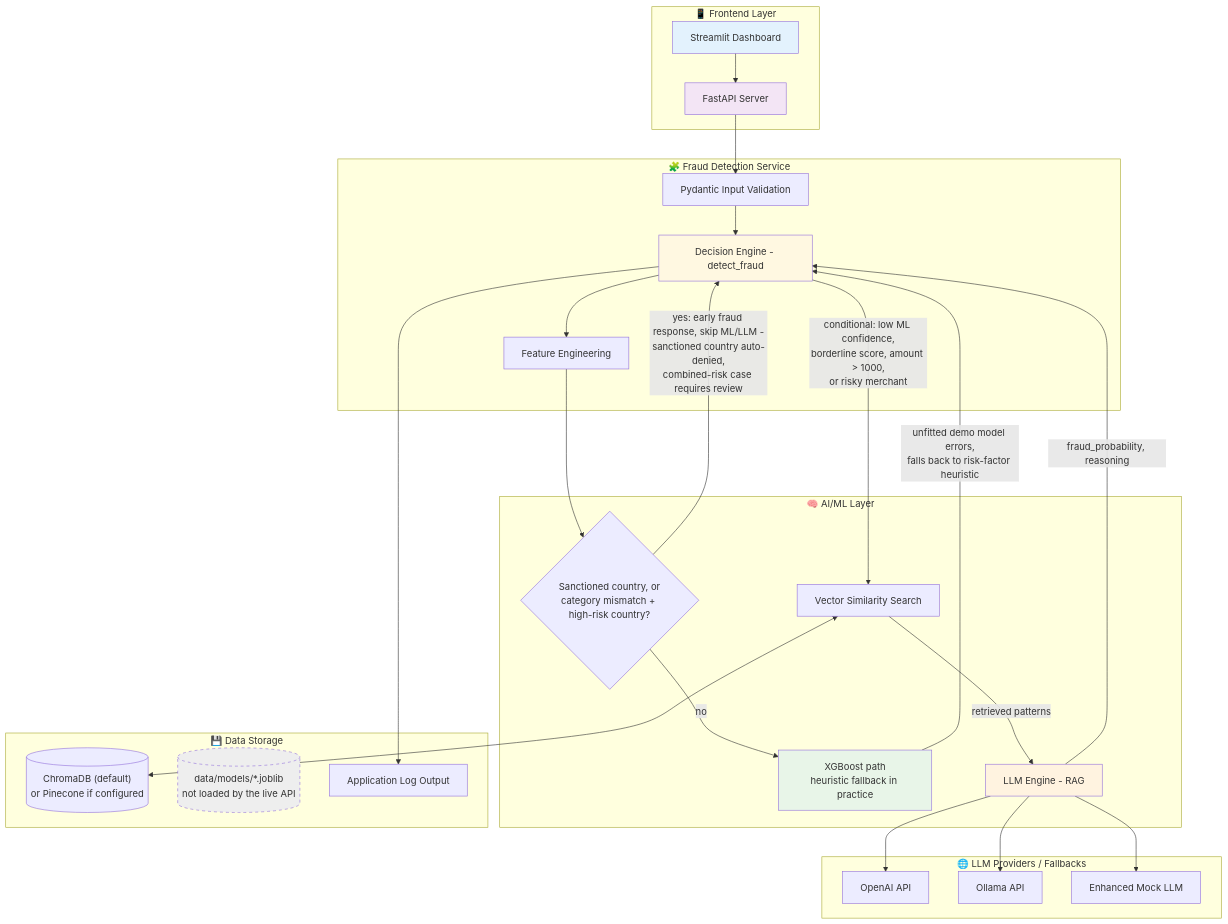
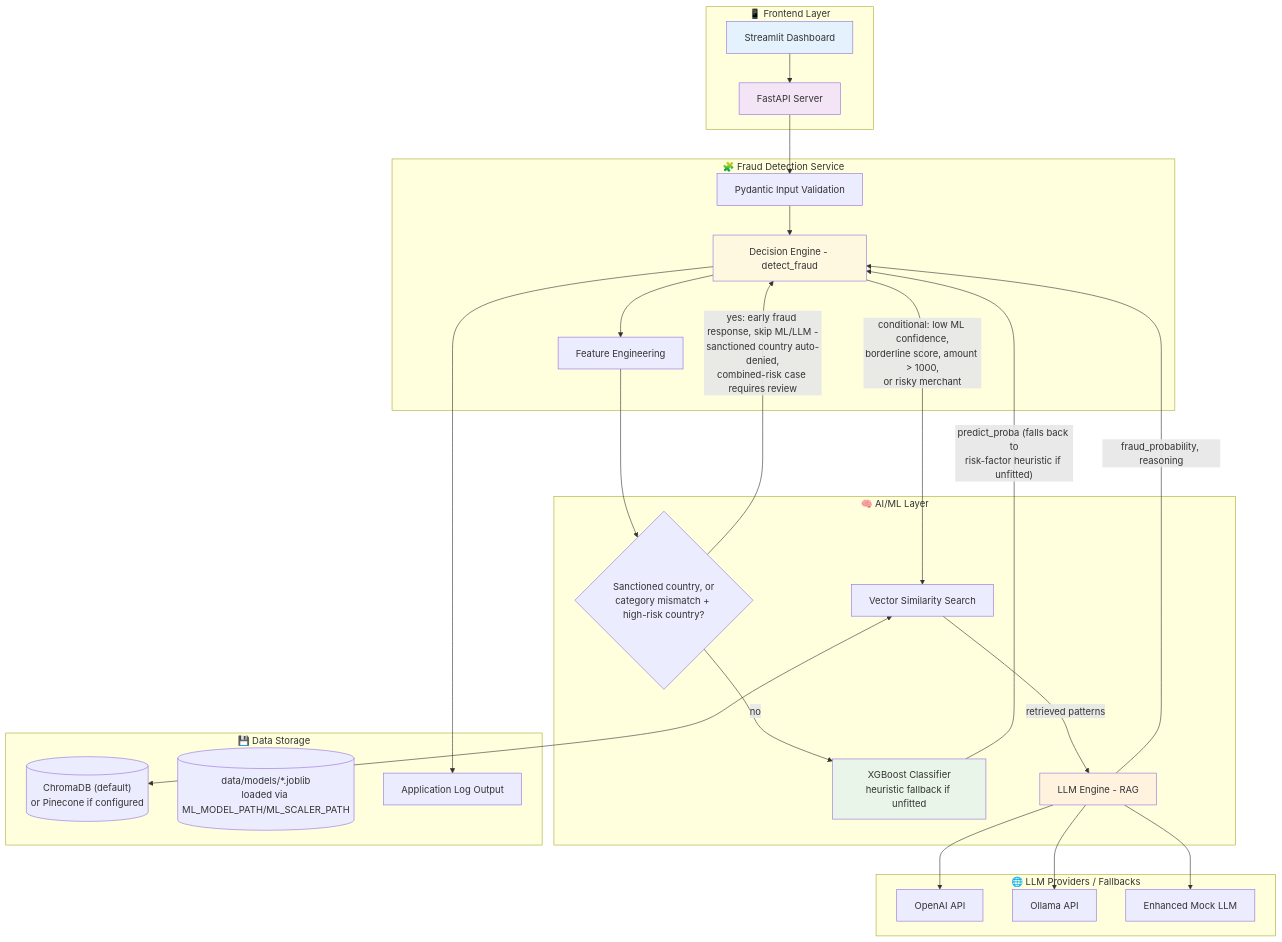
One commit to guruthanglearning/AILearning changed the second of 5 diagrams in MLProjects/creditcardfrauddetection/README.md. Above: the diagram before and after it, drawn with Mermaid. The commit also changed other lines of this file and 9 other files, not shown here.

First line of the commit message:
Wire up the trained XGBoost model in FraudDetectionService (#12)

````diff
--- a/MLProjects/creditcardfrauddetection/README.md
+++ b/MLProjects/creditcardfrauddetection/README.md
@@ -1626,58 +1626,57 @@
 ```mermaid
 graph TB
     subgraph "📱 Frontend Layer"
         UI[Streamlit Dashboard]
         API[FastAPI Server]
     end
 
     subgraph "🧩 Fraud Detection Service"
         VALIDATION[Pydantic Input Validation]
         DECISION[Decision Engine - detect_fraud]
         FEATURE[Feature Engineering]
     end
 
     subgraph "🧠 AI/ML Layer"
         HARDBLOCK{Sanctioned country, or<br/>category mismatch + high-risk country?}
-        XGB[XGBoost path<br/>heuristic fallback in practice]
+        XGB[XGBoost Classifier<br/>heuristic fallback if unfitted]
         VECTOR[Vector Similarity Search]
         LLM[LLM Engine - RAG]
     end
 
     subgraph "🌐 LLM Providers / Fallbacks"
         OPENAI[OpenAI API]
         OLLAMA[Ollama API]
         MOCK[Enhanced Mock LLM]
     end
 
     subgraph "💾 Data Storage"
         CHROMA[("ChromaDB (default)<br/>or Pinecone if configured")]
-        MODELS[("data/models/*.joblib<br/>not loaded by the live API")]
+        MODELS[("data/models/*.joblib<br/>loaded via ML_MODEL_PATH/ML_SCALER_PATH")]
         LOGS[Application Log Output]
     end
 
     UI --> API
     API --> VALIDATION
     VALIDATION --> DECISION
     DECISION --> FEATURE
     FEATURE --> HARDBLOCK
     HARDBLOCK -->|"yes: early fraud response, skip ML/LLM -<br/>sanctioned country auto-denied,<br/>combined-risk case requires review"| DECISION
     HARDBLOCK -->|no| XGB
-    XGB -->|"unfitted demo model errors,<br/>falls back to risk-factor heuristic"| DECISION
+    XGB -->|"predict_proba (falls back to<br/>risk-factor heuristic if unfitted)"| DECISION
 
     DECISION -->|"conditional: low ML confidence,<br/>borderline score, amount > 1000,<br/>or risky merchant"| VECTOR
     VECTOR <--> CHROMA
     VECTOR -->|retrieved patterns| LLM
     LLM --> OPENAI
     LLM --> OLLAMA
     LLM --> MOCK
     LLM -->|fraud_probability, reasoning| DECISION
 
     DECISION --> LOGS
 
     style UI fill:#e3f2fd
     style API fill:#f3e5f5
     style XGB fill:#e8f5e8
     style LLM fill:#fff3e0
     style DECISION fill:#fff8e1
-    style MODELS fill:#eeeeee,stroke-dasharray: 5 5
 ```
````
